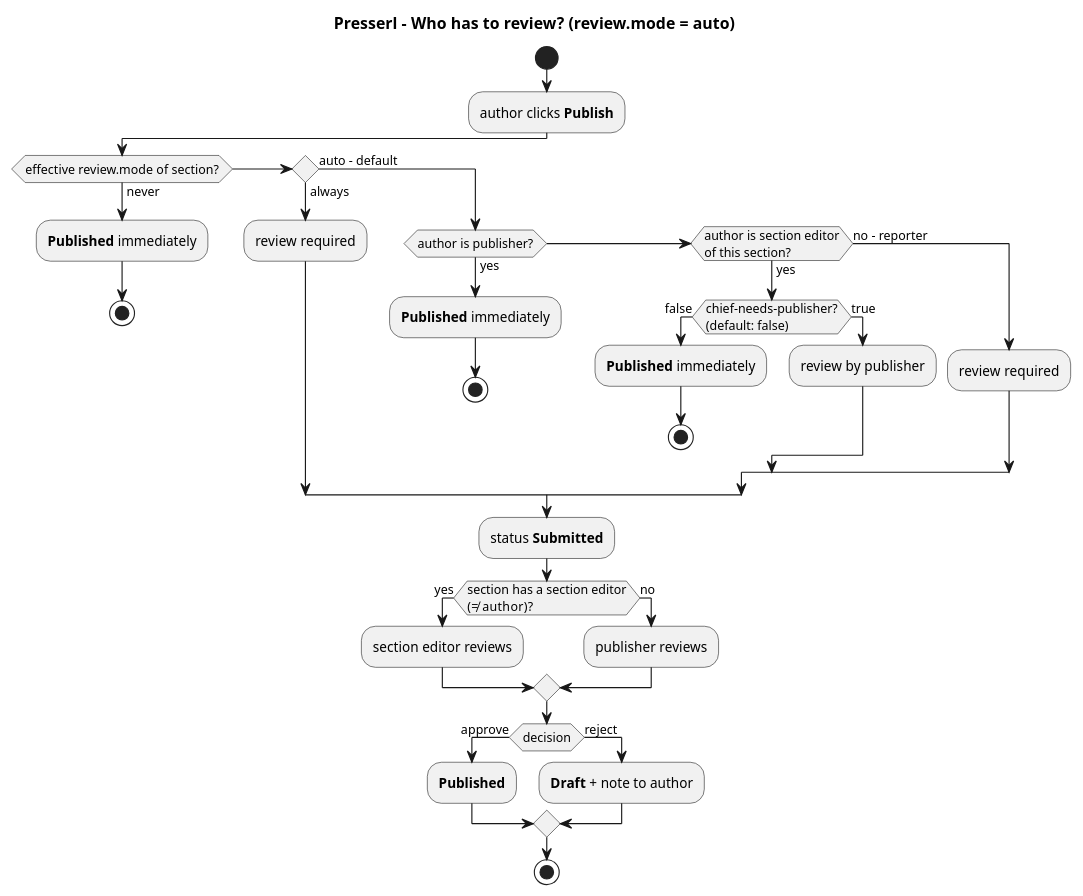
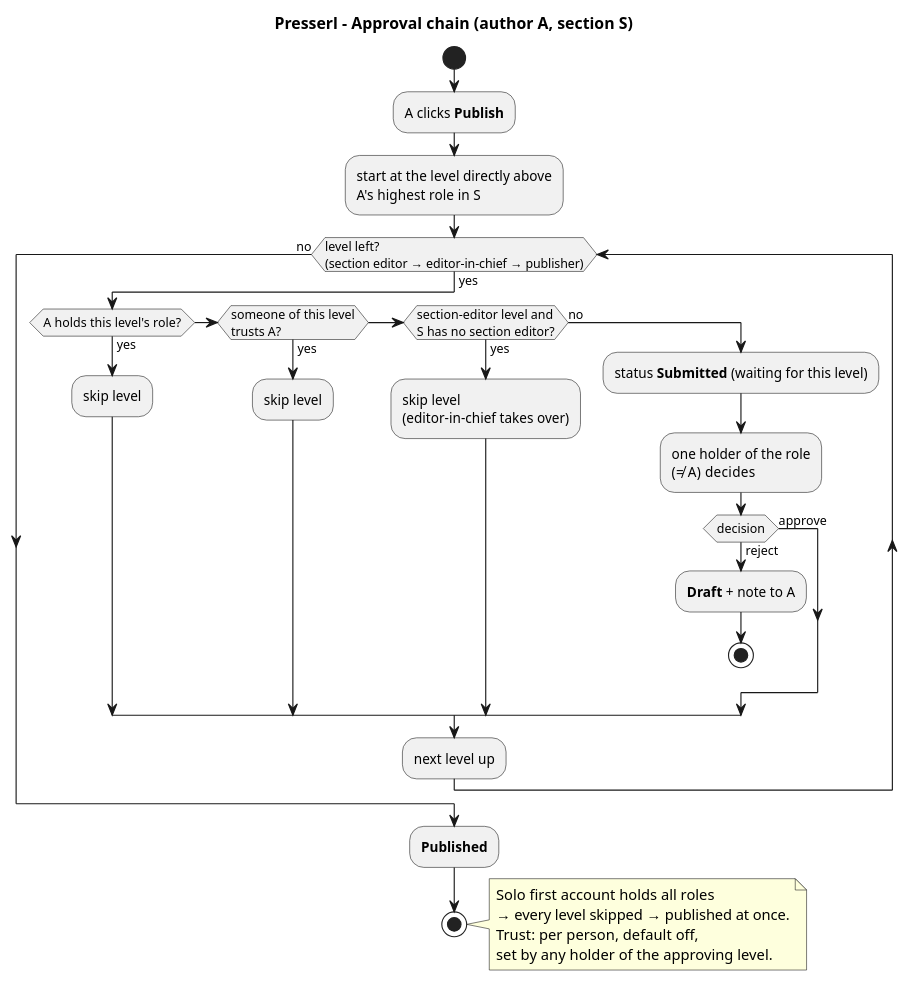
The diagram in docs/diagrams/review-decision.puml (UnterrainerInformatik/presserl), drawn with PlantUML before and after one commit. The commit also changed 28 other files, not shown here.

```diff
--- a/docs/diagrams/review-decision.puml
+++ b/docs/diagrams/review-decision.puml
@@ -1,40 +1,36 @@
 @startuml review-decision
-title Presserl – Who has to review? (review.mode = auto)
+title Presserl – Approval chain (author A, section S)
 skinparam shadowing false
 skinparam defaultFontName Sans-Serif
 
 start
-:author clicks **Publish**;
-if (effective review.mode of section?) then (never)
-  :**Published** immediately;
-  stop
-elseif () then (always)
-  :review required;
-else (auto – default)
-  if (author is publisher?) then (yes)
-    :**Published** immediately;
-    stop
-  elseif (author is section editor\nof this section?) then (yes)
-    if (chief-needs-publisher?\n(default: false)) then (false)
-      :**Published** immediately;
+:A clicks **Publish**;
+:start at the level directly above\nA's highest role in S;
+while (level left?\n(section editor → editor-in-chief → publisher)) is (yes)
+  if (A holds this level's role?) then (yes)
+    :skip level;
+  elseif (someone of this level\ntrusts A?) then (yes)
+    :skip level;
+  elseif (section-editor level and\nS has no section editor?) then (yes)
+    :skip level\n(editor-in-chief takes over);
+  else (no)
+    :status **Submitted** (waiting for this level);
+    :one holder of the role\n(≠ A) decides;
+    if (decision) then (reject)
+      :**Draft** + note to A;
       stop
-    else (true)
-      :review by publisher;
+    else (approve)
     endif
-  else (no – reporter)
-    :review required;
   endif
-endif
-:status **Submitted**;
-if (section has a section editor\n(≠ author)?) then (yes)
-  :section editor reviews;
-else (no)
-  :publisher reviews;
-endif
-if (decision) then (approve)
-  :**Published**;
-else (reject)
-  :**Draft** + note to author;
-endif
+  :next level up;
+endwhile (no)
+:**Published**;
 stop
+
+note right
+  Solo first account holds all roles
+  → every level skipped → published at once.
+  Trust: per person, default off,
+  set by any holder of the approving level.
+end note
 @enduml
```
